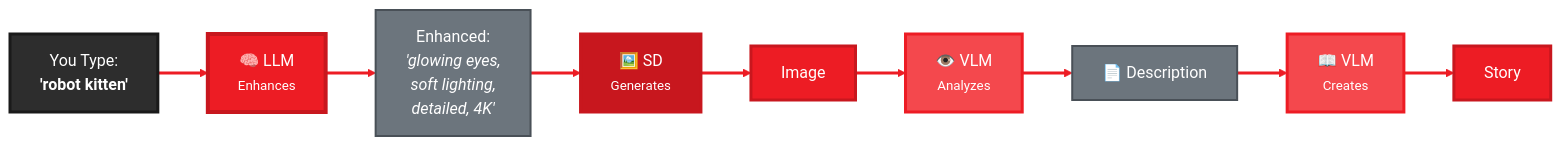
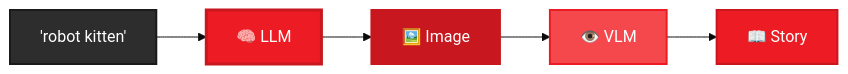
Before and after one commit to amd/gaia: the diagram in docs/guides/sd.mdx, drawn with Mermaid. The commit also changed other lines of this file, not shown here.

Commit message:
Simplify mermaid diagram from 9 nodes to 5 - clearer flow

````diff
--- a/docs/guides/sd.mdx
+++ b/docs/guides/sd.mdx
@@ -75,31 +75,14 @@
 ```mermaid
-%%{init: {'theme':'base', 'themeVariables': { 'primaryColor':'#ED1C24', 'primaryTextColor':'#fff', 'primaryBorderColor':'#C8171E', 'lineColor':'#F4484D', 'secondaryColor':'#2d2d2d', 'tertiaryColor':'#f5f5f5', 'fontSize':'16px', 'fontFamily': 'system-ui, -apple-system, sans-serif'}}}%%
+%%{init: {'theme':'base', 'themeVariables': { 'primaryColor':'#ED1C24', 'fontSize':'16px'}}}%%
 graph LR
-    A["You Type:<br/><b>'robot kitten'</b>"] --> B["🧠 LLM<br/><small>Enhances</small>"]
+    A["'robot kitten'"] --> B["🧠 LLM"]
+    B --> C["🖼️ Image"]
+    C --> D["👁️ VLM"]
+    D --> E["📖 Story"]
 
-    B --> C["Enhanced:<br/><i>'glowing eyes,<br/>soft lighting,<br/>detailed, 4K'</i>"]
-
-    C --> D["🖼️ SD<br/><small>Generates</small>"]
-
-    D --> E["Image"]
-
-    E --> F["👁️ VLM<br/><small>Analyzes</small>"]
-
-    F --> G["📄 Description"]
-
-    G --> H["📖 VLM<br/><small>Creates</small>"]
-
-    H --> I["Story"]
-
-    style A fill:#2d2d2d,stroke:#1a1a1a,stroke-width:3px,color:#fff
-    style B fill:#ED1C24,stroke:#C8171E,stroke-width:4px,color:#fff
-    style C fill:#6c757d,stroke:#495057,stroke-width:2px,color:#fff
-    style D fill:#C8171E,stroke:#C8171E,stroke-width:3px,color:#fff
-    style E fill:#ED1C24,stroke:#C8171E,stroke-width:3px,color:#fff
-    style F fill:#F4484D,stroke:#ED1C24,stroke-width:3px,color:#fff
-    style G fill:#6c757d,stroke:#495057,stroke-width:2px,color:#fff
-    style H fill:#F4484D,stroke:#ED1C24,stroke-width:3px,color:#fff
-    style I fill:#ED1C24,stroke:#C8171E,stroke-width:3px,color:#fff
-
-    linkStyle 0,1,2,3,4,5,6,7 stroke:#ED1C24,stroke-width:3px
+    style A fill:#2d2d2d,stroke:#1a1a1a,stroke-width:2px,color:#fff
+    style B fill:#ED1C24,stroke:#C8171E,stroke-width:3px,color:#fff
+    style C fill:#C8171E,stroke:#C8171E,stroke-width:2px,color:#fff
+    style D fill:#F4484D,stroke:#ED1C24,stroke-width:2px,color:#fff
+    style E fill:#ED1C24,stroke:#C8171E,stroke-width:2px,color:#fff
 ```
````
